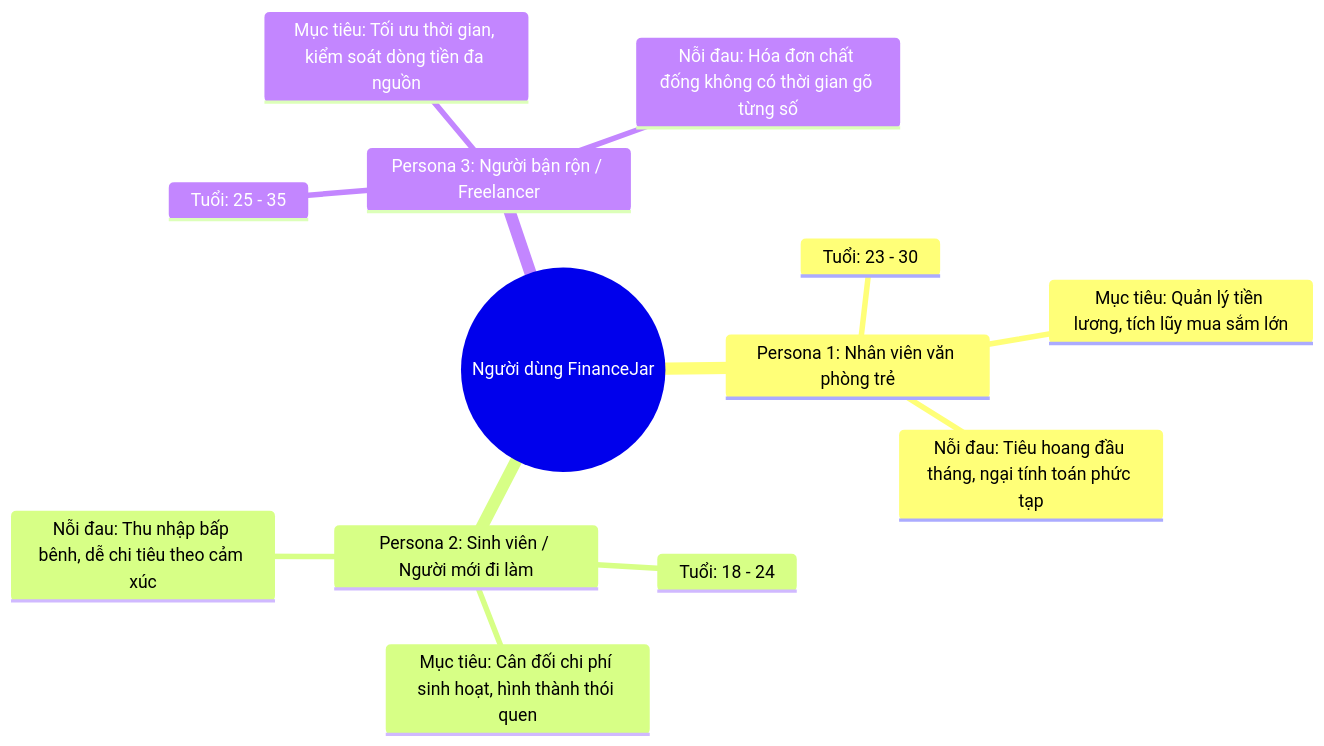
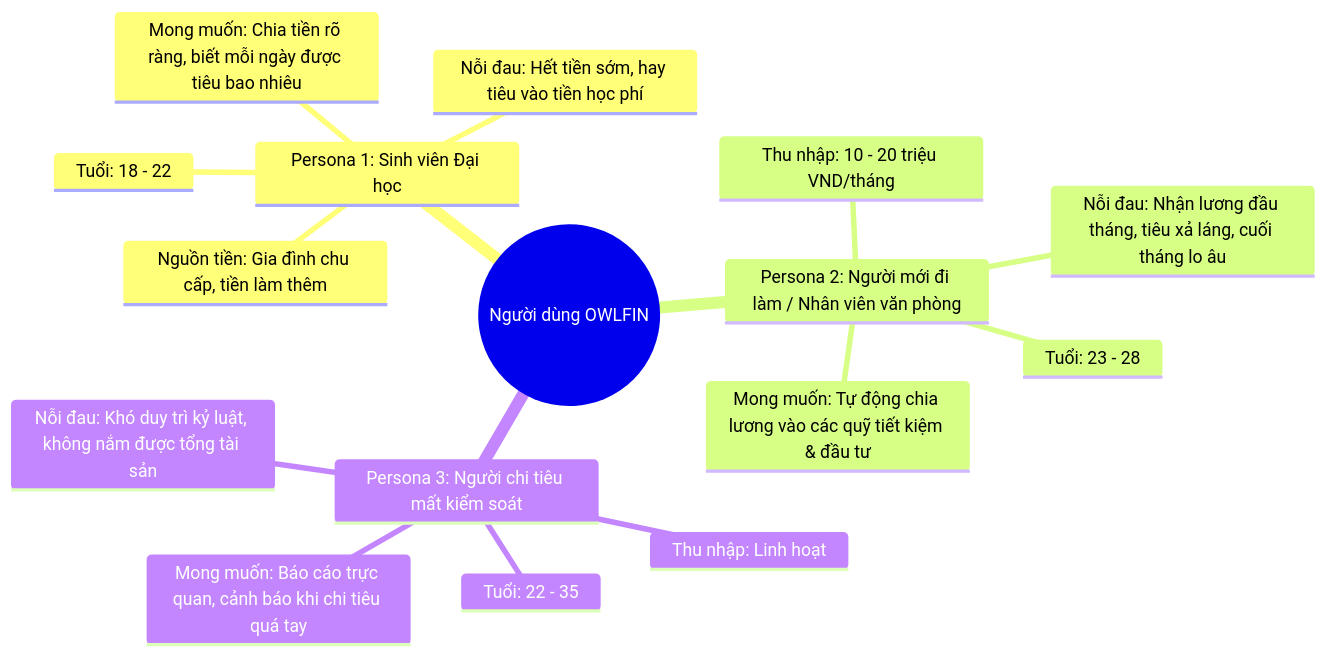
One commit to ThaoChie/PersonalFintech changed the first of 2 diagrams in USER_REQUIREMENTS_DOCUMENT.md. Above: the diagram before and after it, drawn with Mermaid. The commit also changed other lines of this file and 2 other files, not shown here.

````diff
--- a/USER_REQUIREMENTS_DOCUMENT.md
+++ b/USER_REQUIREMENTS_DOCUMENT.md
@@ -26,16 +27,19 @@
 ```mermaid
 mindmap
-  root((Người dùng FinanceJar))
-    Persona 1: Nhân viên văn phòng trẻ
-      Tuổi: 23 - 30
-      Mục tiêu: Quản lý tiền lương, tích lũy mua sắm lớn
-      Nỗi đau: Tiêu hoang đầu tháng, ngại tính toán phức tạp
-    Persona 2: Sinh viên / Người mới đi làm
-      Tuổi: 18 - 24
-      Mục tiêu: Cân đối chi phí sinh hoạt, hình thành thói quen
-      Nỗi đau: Thu nhập bấp bênh, dễ chi tiêu theo cảm xúc
-    Persona 3: Người bận rộn / Freelancer
-      Tuổi: 25 - 35
-      Mục tiêu: Tối ưu thời gian, kiểm soát dòng tiền đa nguồn
-      Nỗi đau: Hóa đơn chất đống không có thời gian gõ từng số
+  root((Người dùng OWLFIN))
+    Persona 1: Sinh viên Đại học
+      Tuổi: 18 - 22
+      Nguồn tiền: Gia đình chu cấp, tiền làm thêm
+      Nỗi đau: Hết tiền sớm, hay tiêu vào tiền học phí
+      Mong muốn: Chia tiền rõ ràng, biết mỗi ngày được tiêu bao nhiêu
+    Persona 2: Người mới đi làm / Nhân viên văn phòng
+      Tuổi: 23 - 28
+      Thu nhập: 10 - 20 triệu VND/tháng
+      Nỗi đau: Nhận lương đầu tháng, tiêu xả láng, cuối tháng lo âu
+      Mong muốn: Tự động chia lương vào các quỹ tiết kiệm & đầu tư
+    Persona 3: Người chi tiêu mất kiểm soát
+      Tuổi: 22 - 35
+      Thu nhập: Linh hoạt
+      Nỗi đau: Khó duy trì kỷ luật, không nắm được tổng tài sản
+      Mong muốn: Báo cáo trực quan, cảnh báo khi chi tiêu quá tay
 ```
````
